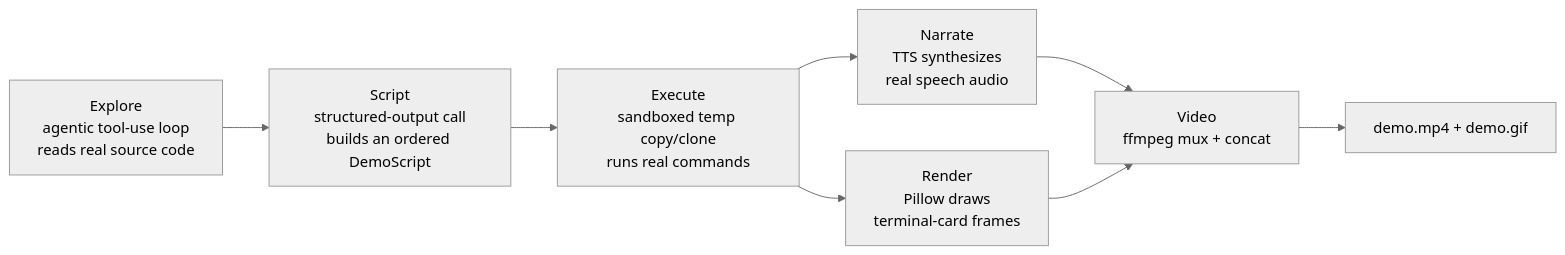
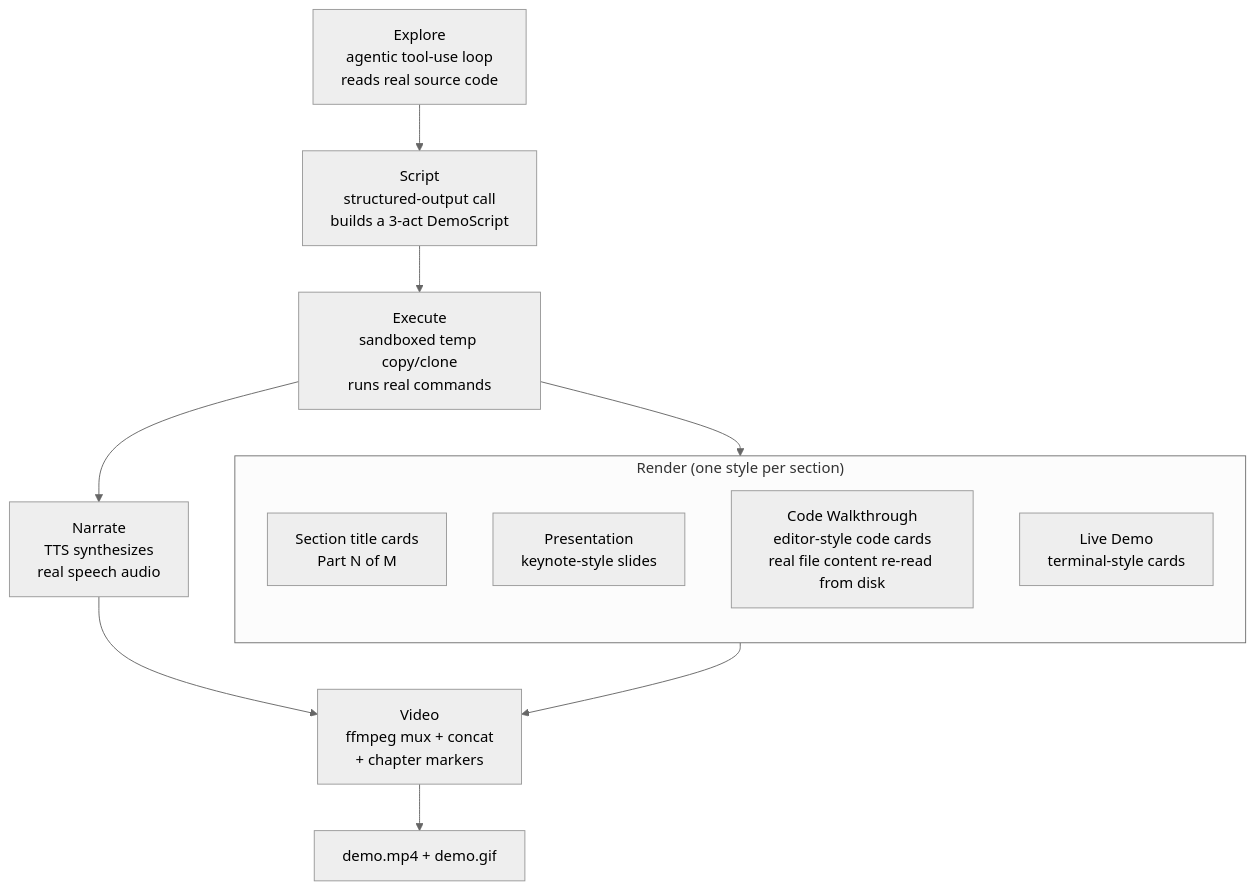
One commit to 7four1/agent-demoforge changed the first of 2 diagrams in README.md. Above: the diagram before and after it, drawn with Mermaid (neutral theme). The commit also changed other lines of this file and 16 other files, not shown here.

````diff
--- a/README.md
+++ b/README.md
@@ -31,10 +33,19 @@
 ```mermaid
-flowchart LR
-    A[Explore\nagentic tool-use loop\nreads real source code] --> B[Script\nstructured-output call\nbuilds an ordered DemoScript]
+flowchart TB
+    A[Explore\nagentic tool-use loop\nreads real source code] --> B[Script\nstructured-output call\nbuilds a 3-act DemoScript]
     B --> C[Execute\nsandboxed temp copy/clone\nruns real commands]
     C --> D[Narrate\nTTS synthesizes\nreal speech audio]
-    C --> E[Render\nPillow draws\nterminal-card frames]
-    D --> F[Video\nffmpeg mux + concat]
-    E --> F
+
+    subgraph Render["Render (one style per section)"]
+        direction TB
+        E1[Section title cards\nPart N of M]
+        E2[Presentation\nkeynote-style slides]
+        E3[Code Walkthrough\neditor-style code cards\nreal file content re-read from disk]
+        E4[Live Demo\nterminal-style cards]
+    end
+
+    C --> Render
+    D --> F[Video\nffmpeg mux + concat\n+ chapter markers]
+    Render --> F
     F --> G[demo.mp4 + demo.gif]
 ```
````
